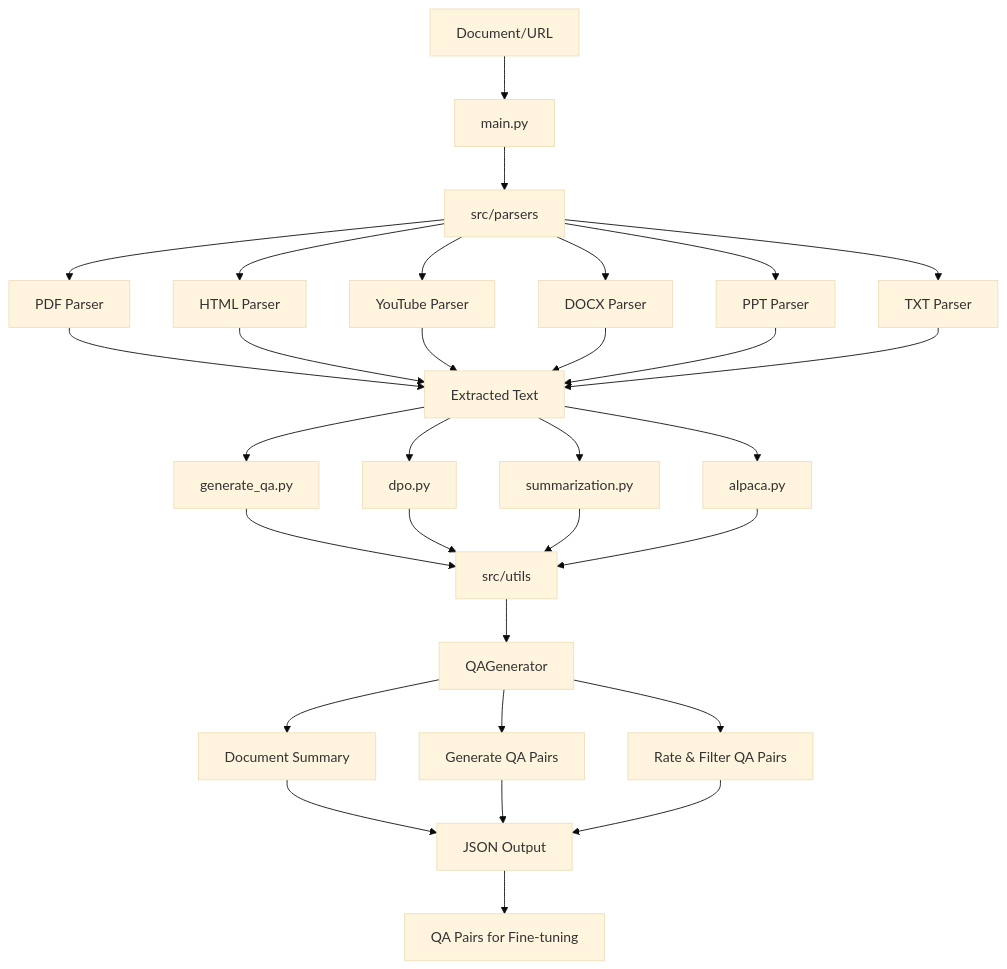
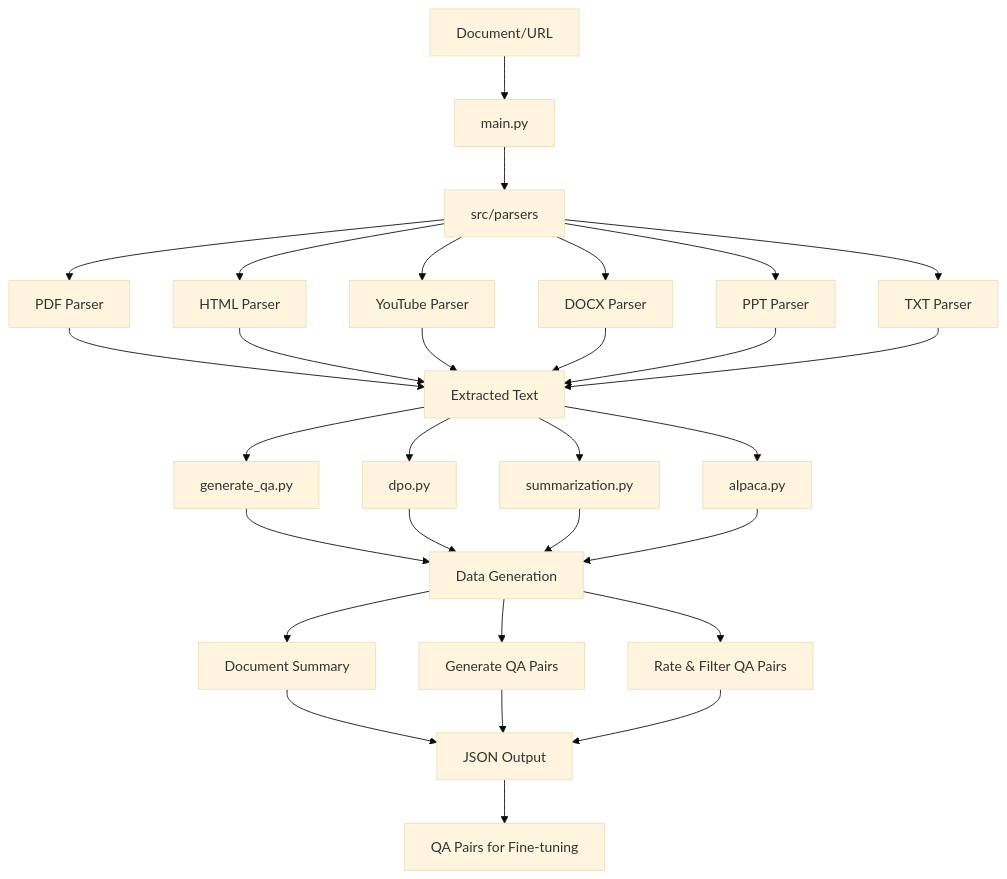
One commit to meta-llama/llama-cookbook changed the diagram in end-to-end-use-cases/data-tool/ReadMe.MD. Above: the diagram before and after it, drawn with Mermaid (base theme).

````diff
--- a/end-to-end-use-cases/data-tool/ReadMe.MD
+++ b/end-to-end-use-cases/data-tool/ReadMe.MD
@@ -128,30 +128,29 @@
 ```mermaid
 graph TD
     A[Document/URL] --> B[main.py]
     B --> C[src/parsers]
     C --> D[PDF Parser]
     C --> E[HTML Parser]
     C --> F[YouTube Parser]
     C --> G[DOCX Parser]
     C --> H[PPT Parser]
     C --> I[TXT Parser]
     D & E & F & G & H & I --> J[Extracted Text]
     
     J --> K[generate_qa.py]
     J --> KK[dpo.py]
     J --> KL[summarization.py]
     J --> KM[alpaca.py]
 
-    K --> L[src/utils]
-    KK --> L[src/utils]
-    KL --> L[src/utils]
-    KM--> L[src/utils]
-    L --> M[QAGenerator]
+    K --> M[Data Generation]
+    KK --> M[Data Generation]
+    KL --> M[Data Generation]
+    KM--> M[Data Generation]
     
     M --> N[Document Summary]
     M --> O[Generate QA Pairs]
     M --> P[Rate & Filter QA Pairs]
     
     N & O & P --> Q[JSON Output]
     Q --> R[QA Pairs for Fine-tuning]
 ```
````
